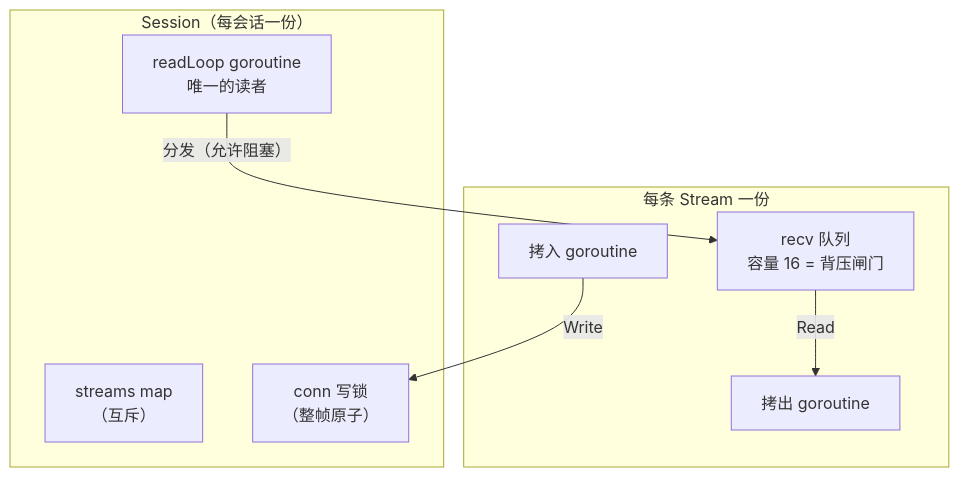
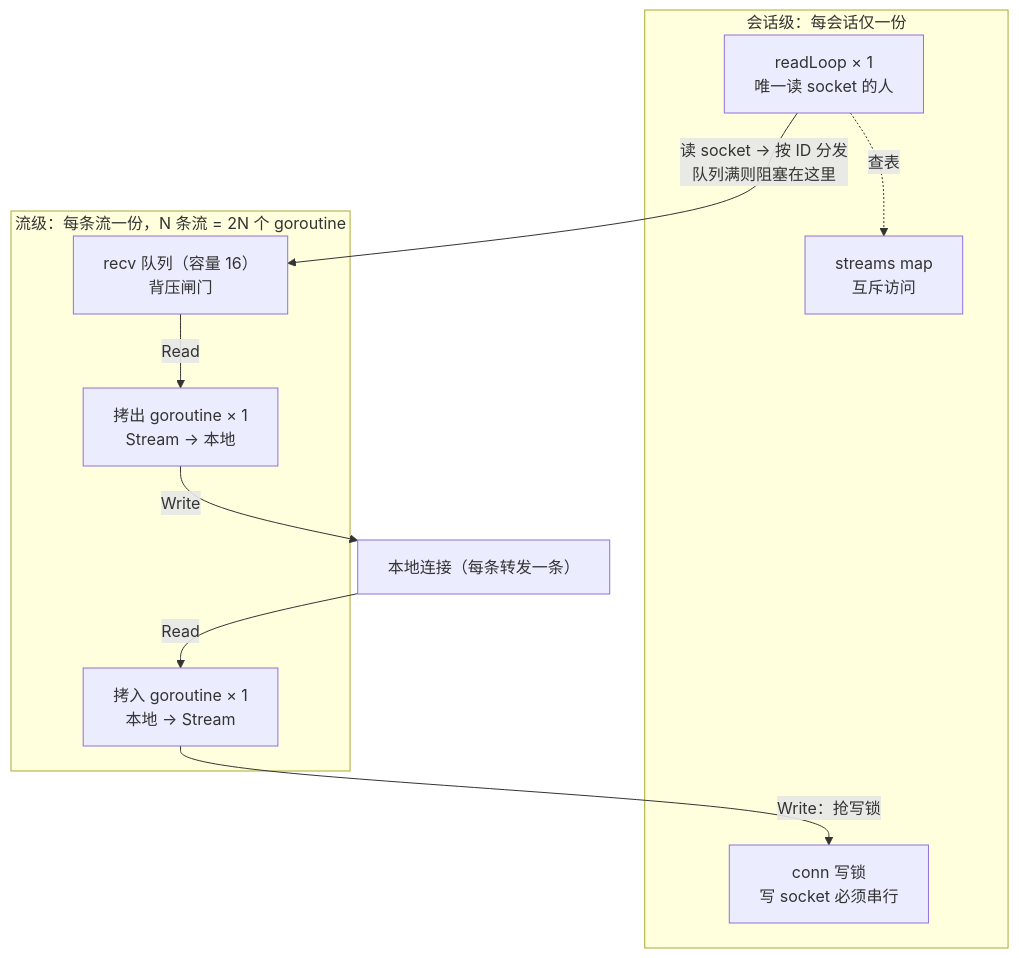
One commit to yiiewang/yiiewang.github.io changed the fourth of 7 diagrams in docs/blog/posts/2026/10/28.md. Above: the diagram before and after it, drawn with Mermaid. The commit also changed other lines of this file, not shown here.

Commit message:
docs(blog): 28.md 新增部署视图（外部请求与 N/1/N 连接数对比），重画逻辑/进程视图，修正行为视图渲染语法

````diff
--- a/docs/blog/posts/2026/10/28.md
+++ b/docs/blog/posts/2026/10/28.md
@@ -121,16 +172,22 @@
 ```mermaid
 flowchart TD
-    subgraph SESSION["Session（每会话一份）"]
-        RL["readLoop goroutine<br/>唯一的读者"]
-        MAP["streams map<br/>（互斥）"]
-        LOCK["conn 写锁<br/>（整帧原子）"]
+    LC["本地连接（每条转发一条）"]
+
+    subgraph SESSION["会话级：每会话仅一份"]
+        RL["readLoop × 1<br/>唯一读 socket 的人"]
+        MAP["streams map<br/>互斥访问"]
+        WL["conn 写锁<br/>写 socket 必须串行"]
     end
-    subgraph STREAM["每条 Stream 一份"]
-        Q["recv 队列<br/>容量 16 = 背压闸门"]
-        G1["拷入 goroutine"]
-        G2["拷出 goroutine"]
+    subgraph STREAM["流级：每条流一份，N 条流 = 2N 个 goroutine"]
+        G1["拷入 goroutine × 1<br/>本地 → Stream"]
+        Q["recv 队列（容量 16）<br/>背压闸门"]
+        G2["拷出 goroutine × 1<br/>Stream → 本地"]
     end
-    RL -->|"分发（允许阻塞）"| Q
-    G1 -->|"Write"| LOCK
+
+    LC -->|"Read"| G1
+    G1 -->|"Write：抢写锁"| WL
+    RL -->|"读 socket → 按 ID 分发<br/>队列满则阻塞在这里"| Q
+    RL -.->|"查表"| MAP
     Q -->|"Read"| G2
+    G2 -->|"Write"| LC
 ```
````
